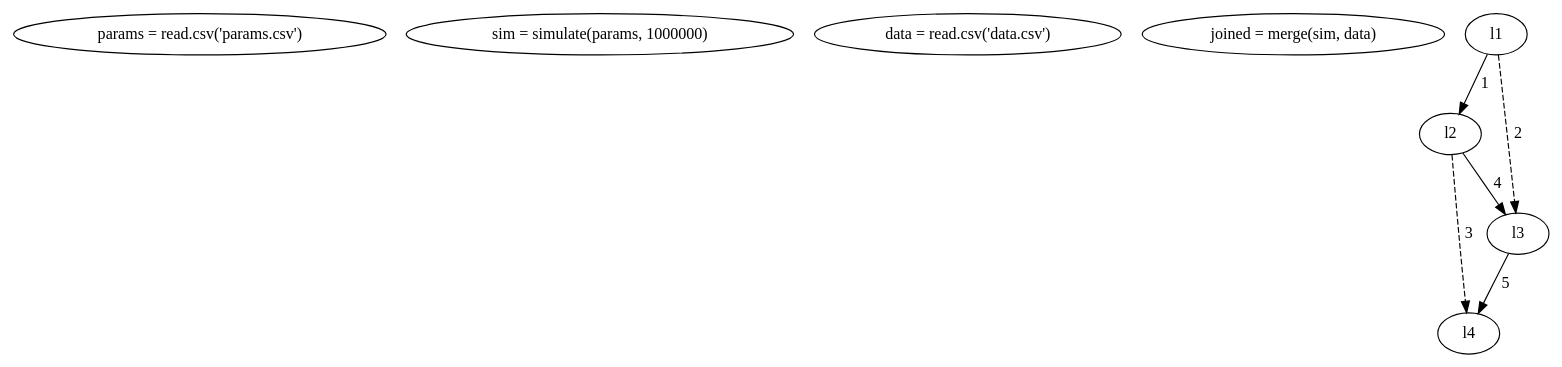
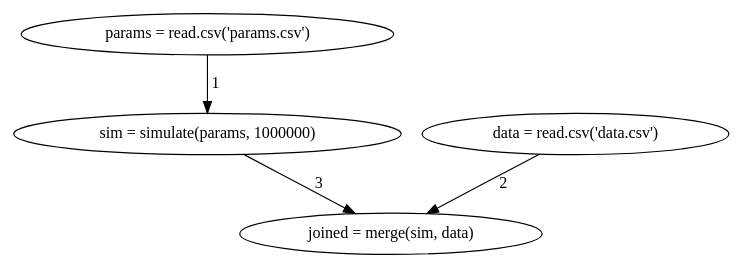
Before and after one commit to clarkfitzg/phd_research: the diagram in proposal/codegraph.dot, drawn with Graphviz. The commit also changed 3 other files, not shown here.

```diff
--- a/proposal/codegraph.dot
+++ b/proposal/codegraph.dot
@@ -1,15 +1,12 @@
 digraph G {
+#rankdir = LR;
 
 L1[label = "params = read.csv('params.csv')"];
-L2[label = "sim = simulate(params, 1000000)"];
-L3[label = "data = read.csv('data.csv')"];
+L2[label = "data = read.csv('data.csv')"];
+L3[label = "sim = simulate(params, 1000000)"];
 L4[label = "joined = merge(sim, data)"];
 
-# TODO: Come back here
-l1 -> l2 [label = " 1"];
-l1 -> l3 [style = "dashed", label = " 2"];
-l2 -> l4 [style = "dashed", label = " 3"];
-l2 -> l3 [label = " 4"];
-l3 -> l4 [label = " 5"];
-
+L1 -> L3 [label = " 1"];
+L2 -> L4 [label = " 2"];
+L3 -> L4 [label = " 3"];
 }
```
